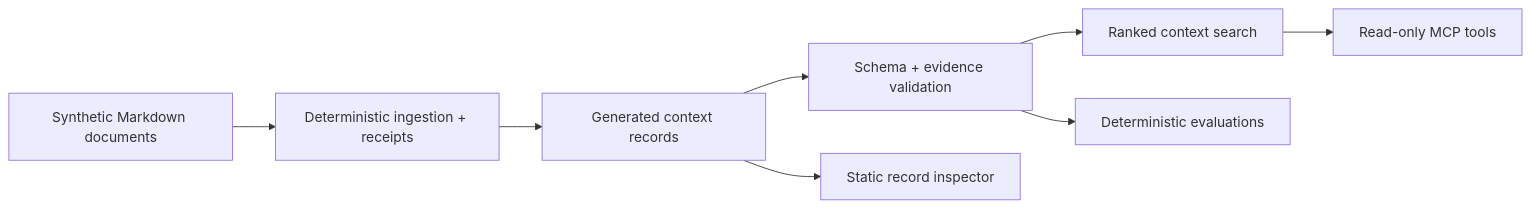
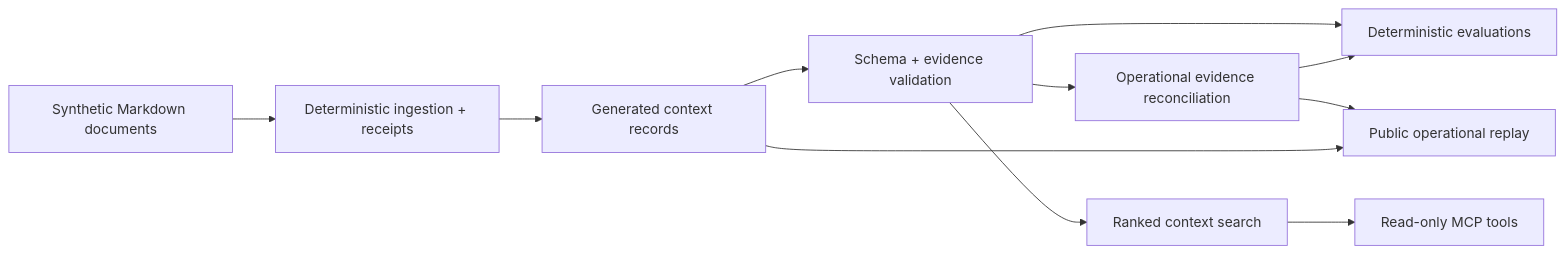
Before and after one commit to Kaagemusha/context-layer-lab: the diagram in README.md, drawn with Mermaid. The commit also changed other lines of this file and 18 other files, not shown here.

````diff
--- a/README.md
+++ b/README.md
@@ -98,10 +115,13 @@
 ```mermaid
 flowchart LR
     MD["Synthetic Markdown documents"] --> I["Deterministic ingestion + receipts"]
     I --> D["Generated context records"]
     D --> V["Schema + evidence validation"]
+    V --> R["Operational evidence reconciliation"]
     V --> S["Ranked context search"]
     V --> E["Deterministic evaluations"]
+    R --> E
     S --> MCP["Read-only MCP tools"]
-    D --> W["Static record inspector"]
+    R --> W["Public operational replay"]
+    D --> W
 ```
````
